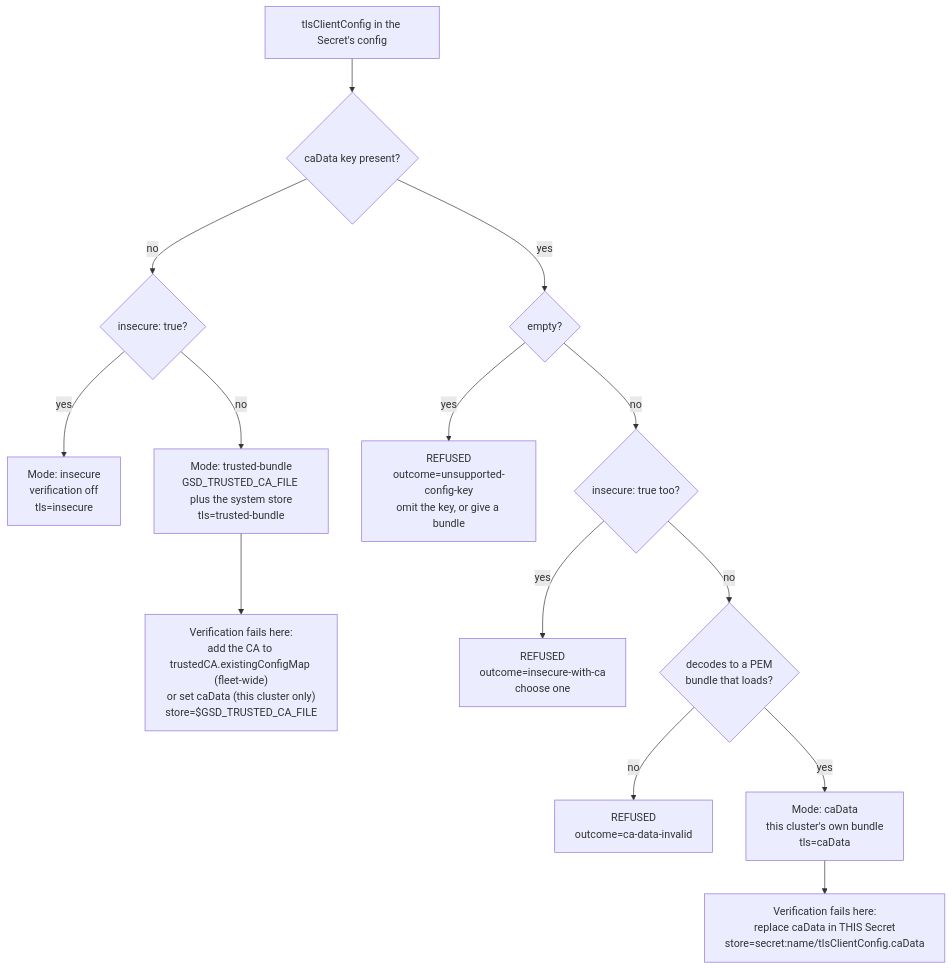
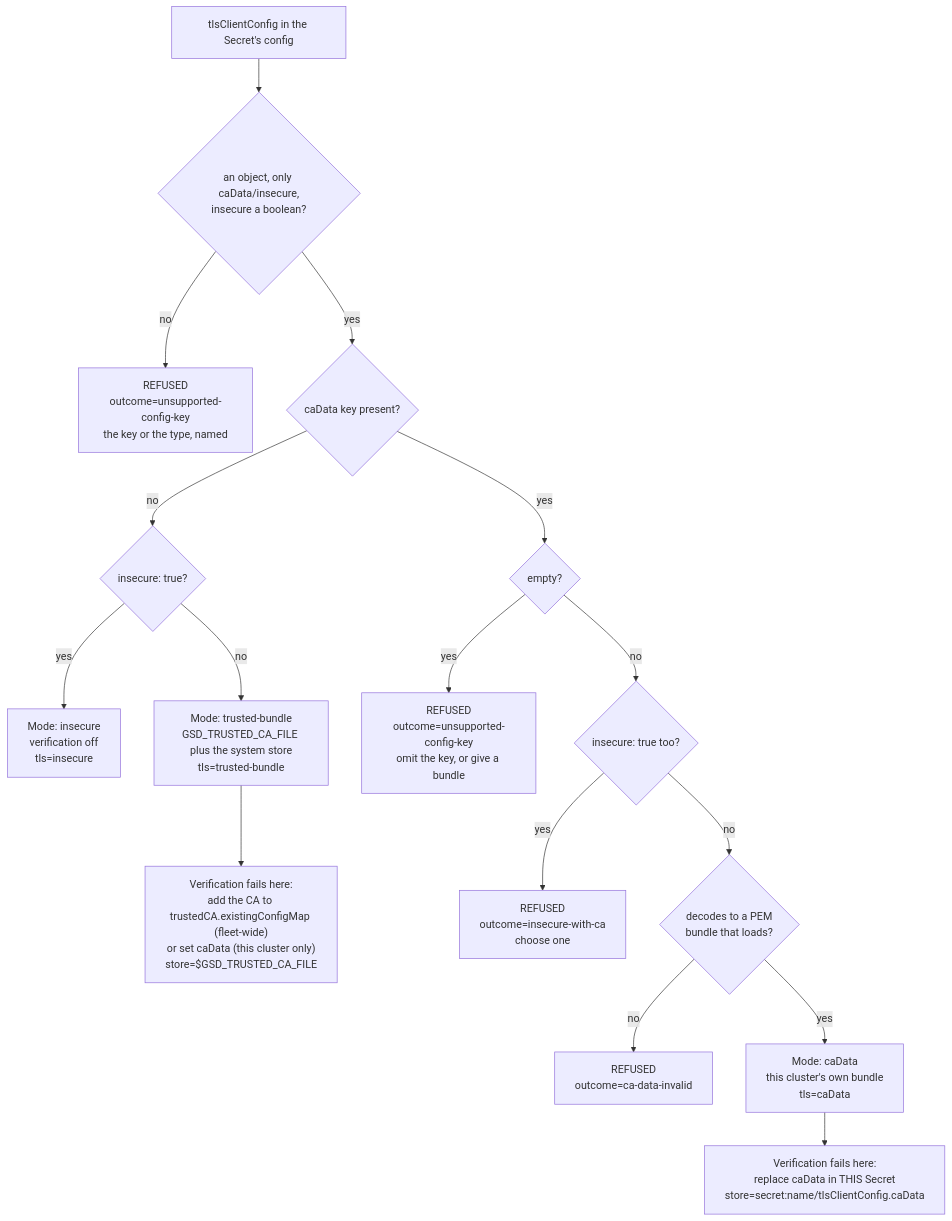
The second of 4 diagrams in docs/DESIGN_cluster_connection_flows.md (ephico2real2/group-sync-dashboard), drawn with Mermaid before and after one commit. The commit also changed other lines of this file and 7 other files, not shown here.

````diff
--- a/docs/DESIGN_cluster_connection_flows.md
+++ b/docs/DESIGN_cluster_connection_flows.md
@@ -92,16 +94,18 @@
 ```mermaid
 flowchart TD
-    A["tlsClientConfig in the Secret's config"] --> B{"caData key present?"}
+    A["tlsClientConfig in the Secret's config"] --> O{"an object, only caData/insecure,<br/>insecure a boolean?"}
+    O -- "no" --> RO["REFUSED<br/>outcome=unsupported-config-key<br/>the key or the type, named"]
+    O -- "yes" --> B{"caData key present?"}
     B -- "no" --> C{"insecure: true?"}
     C -- "yes" --> I["Mode: insecure<br/>verification off<br/>tls=insecure"]
     C -- "no" --> F["Mode: trusted-bundle<br/>GSD_TRUSTED_CA_FILE plus the system store<br/>tls=trusted-bundle"]
     B -- "yes" --> B2{"empty?"}
     B2 -- "yes" --> R0["REFUSED<br/>outcome=unsupported-config-key<br/>omit the key, or give a bundle"]
     B2 -- "no" --> B3{"insecure: true too?"}
     B3 -- "yes" --> R["REFUSED<br/>outcome=insecure-with-ca<br/>choose one"]
     B3 -- "no" --> B4{"decodes to a PEM<br/>bundle that loads?"}
     B4 -- "no" --> R2["REFUSED<br/>outcome=ca-data-invalid"]
     B4 -- "yes" --> E["Mode: caData<br/>this cluster's own bundle<br/>tls=caData"]
     E --> G["Verification fails here:<br/>replace caData in THIS Secret<br/>store=secret:name/tlsClientConfig.caData"]
     F --> H["Verification fails here:<br/>add the CA to trustedCA.existingConfigMap (fleet-wide)<br/>or set caData (this cluster only)<br/>store=$GSD_TRUSTED_CA_FILE"]
 ```
````
